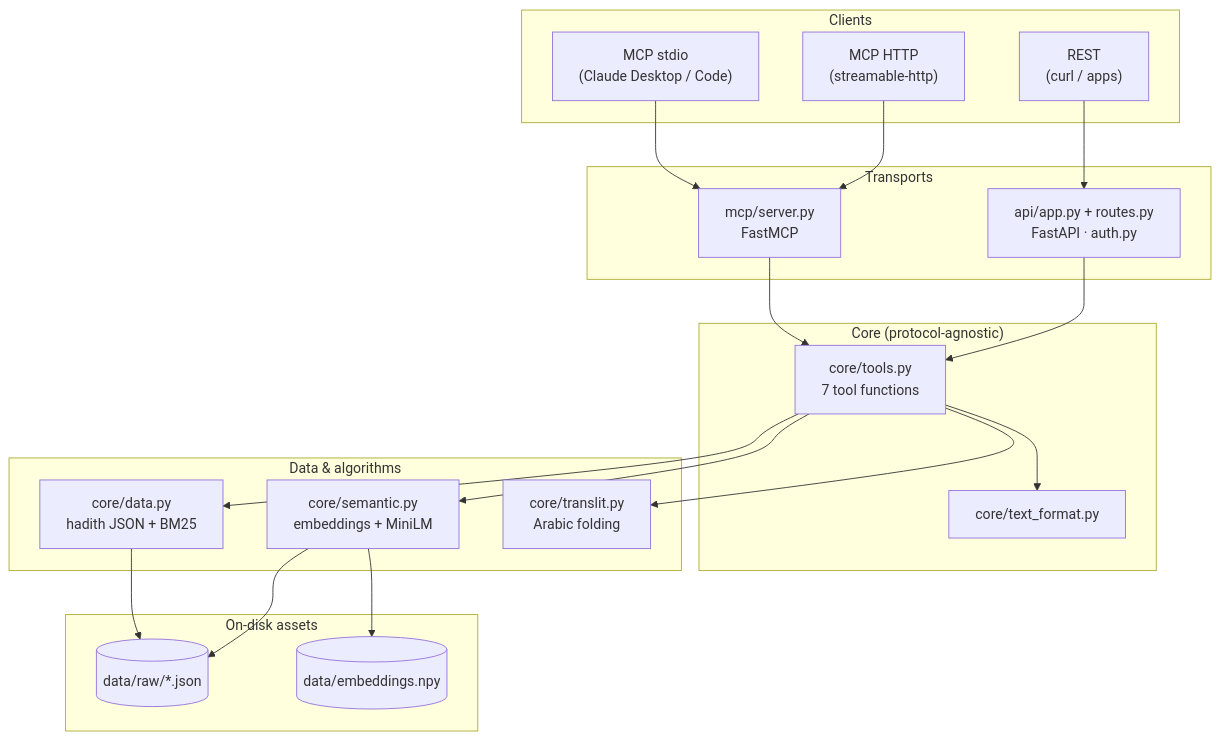
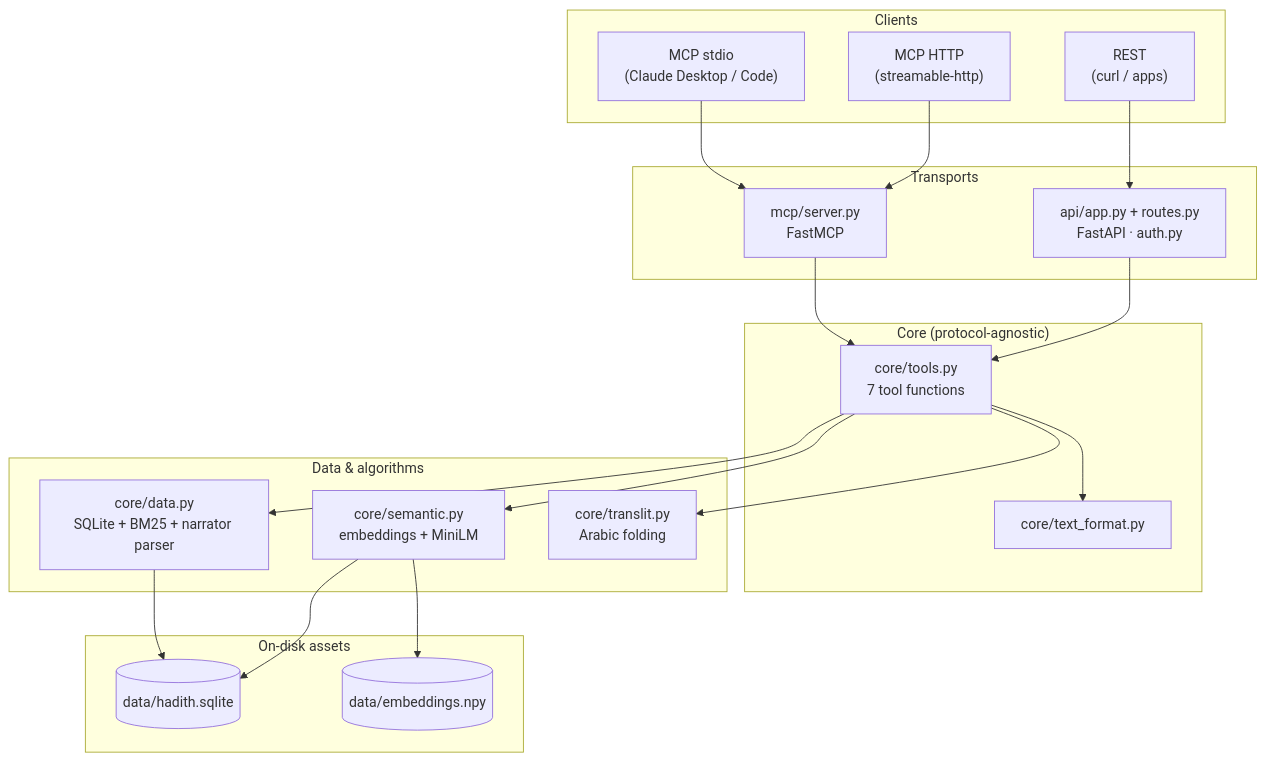
One commit to hassannjb/sunnah-toolkit changed the second of 5 diagrams in README.md. Above: the diagram before and after it, drawn with Mermaid. The commit also changed other lines of this file and 4 other files, not shown here.

````diff
--- a/README.md
+++ b/README.md
@@ -52,42 +55,42 @@
 ```mermaid
 graph TD
     subgraph Clients
       C1["MCP stdio<br/>(Claude Desktop / Code)"]
       C2["MCP HTTP<br/>(streamable-http)"]
       C3["REST<br/>(curl / apps)"]
     end
 
     subgraph Transports
       MCP["mcp/server.py<br/>FastMCP"]
       API["api/app.py + routes.py<br/>FastAPI · auth.py"]
     end
 
     subgraph "Core (protocol-agnostic)"
       Tools["core/tools.py<br/>7 tool functions"]
       Fmt["core/text_format.py"]
     end
 
     subgraph "Data &amp; algorithms"
-      Data["core/data.py<br/>hadith JSON + BM25"]
+      Data["core/data.py<br/>SQLite + BM25 + narrator parser"]
       Sem["core/semantic.py<br/>embeddings + MiniLM"]
       Tr["core/translit.py<br/>Arabic folding"]
     end
 
     subgraph "On-disk assets"
-      Raw[("data/raw/*.json")]
+      DB[("data/hadith.sqlite")]
       Emb[("data/embeddings.npy")]
     end
 
     C1 --> MCP
     C2 --> MCP
     C3 --> API
     MCP --> Tools
     API --> Tools
     Tools --> Fmt
     Tools --> Data
     Tools --> Sem
     Tools --> Tr
-    Data --> Raw
+    Data --> DB
     Sem --> Emb
-    Sem --> Raw
+    Sem --> DB
 ```
````
